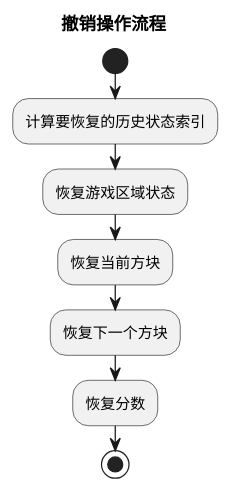
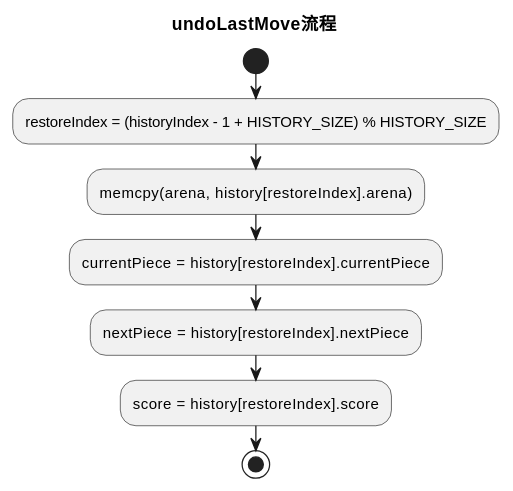
One commit to cmdblock/SDLTetris changed the third of 4 diagrams in diagrams/main.puml. Above: the diagram before and after it, drawn with PlantUML. The commit also changed other lines of this file, not shown here.

Commit message:
refactor: Update UML diagrams with actual function calls and variables

```diff
--- a/diagrams/main.puml
+++ b/diagrams/main.puml
@@ -58,12 +61,12 @@
 @startuml
-title 撤销操作流程
+title undoLastMove流程
 
 start
-:计算要恢复的历史状态索引;
-:恢复游戏区域状态;
-:恢复当前方块;
-:恢复下一个方块;
-:恢复分数;
+:restoreIndex = (historyIndex - 1 + HISTORY_SIZE) % HISTORY_SIZE;
+:memcpy(arena, history[restoreIndex].arena);
+:currentPiece = history[restoreIndex].currentPiece;
+:nextPiece = history[restoreIndex].nextPiece;
+:score = history[restoreIndex].score;
 stop
 
 @enduml
```
